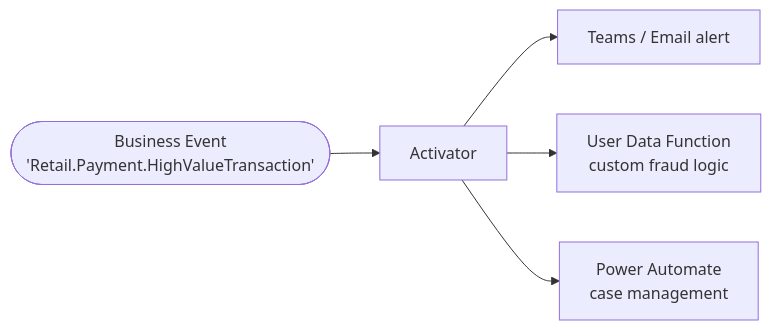
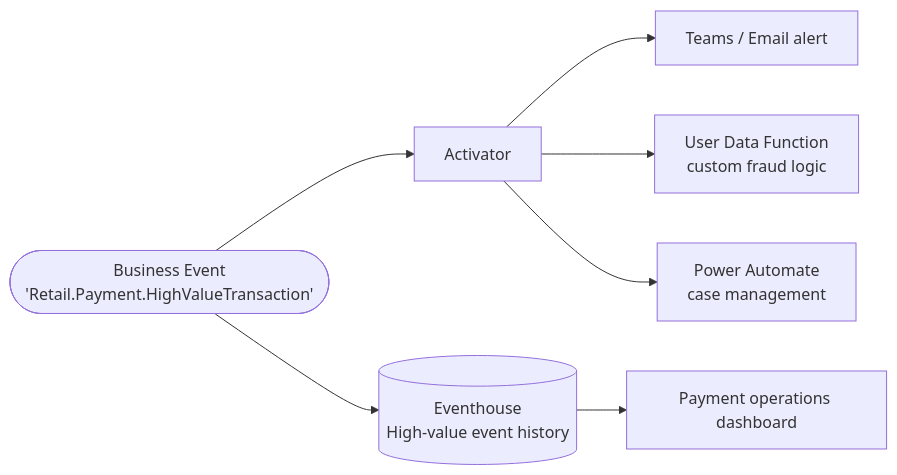
Before and after one commit to microsoft/fabric-events: the second of 2 diagrams in docs/business-events/scenarios/real-time-stream-alert.md, drawn with Mermaid. The commit also changed other lines of this file and 15 other files, not shown here.

````diff
--- a/docs/business-events/scenarios/real-time-stream-alert.md
+++ b/docs/business-events/scenarios/real-time-stream-alert.md
@@ -174,7 +246,9 @@
 ```mermaid
 flowchart LR
     BE([Business Event\n'Retail.Payment.HighValueTransaction']) --> ACT[Activator]
+    BE --> EH[(Eventhouse\nHigh-value event history)]
+    EH --> KQL[Payment operations dashboard]
     ACT --> TEAMS[Teams / Email alert]
     ACT --> UDF[User Data Function\ncustom fraud logic]
     ACT --> PA[Power Automate\ncase management]
 ```
````
